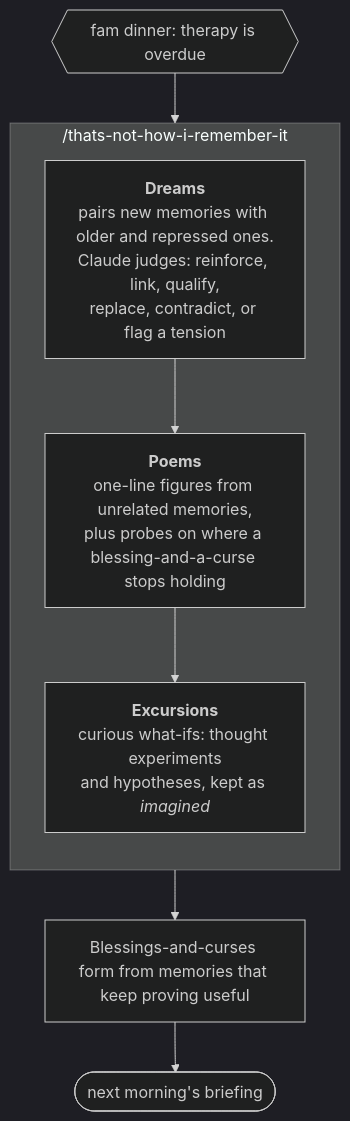
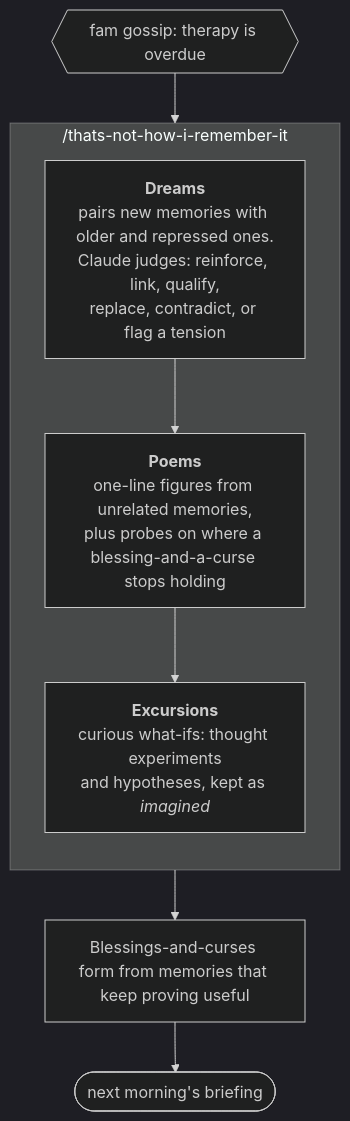
The second of 5 diagrams in README.md (TheHaymaker/Ensemble-of-memories), drawn with Mermaid (dark theme) before and after one commit. The commit also changed other lines of this file and 10 other files, not shown here.

First line of the commit message:
The briefing is fam gossip (dinner and listen stay aliases)

````diff
--- a/README.md
+++ b/README.md
@@ -76,13 +76,13 @@
 ```mermaid
 flowchart TB
-    due{{"fam dinner: therapy is overdue"}} --> D
+    due{{"fam gossip: therapy is overdue"}} --> D
     subgraph night ["/thats-not-how-i-remember-it"]
         direction TB
         D["<b>Dreams</b><br/>pairs new memories with older and repressed ones.<br/>Claude judges: reinforce, link, qualify,<br/>replace, contradict, or flag a tension"]
         P["<b>Poems</b><br/>one-line figures from unrelated memories,<br/>plus probes on where a blessing-and-a-curse stops holding"]
         E["<b>Excursions</b><br/>curious what-ifs: thought experiments<br/>and hypotheses, kept as <i>imagined</i>"]
         D --> P --> E
     end
     E --> LS["Blessings-and-curses form from memories that keep proving useful"]
     LS --> next([next morning's briefing])
 ```
````
